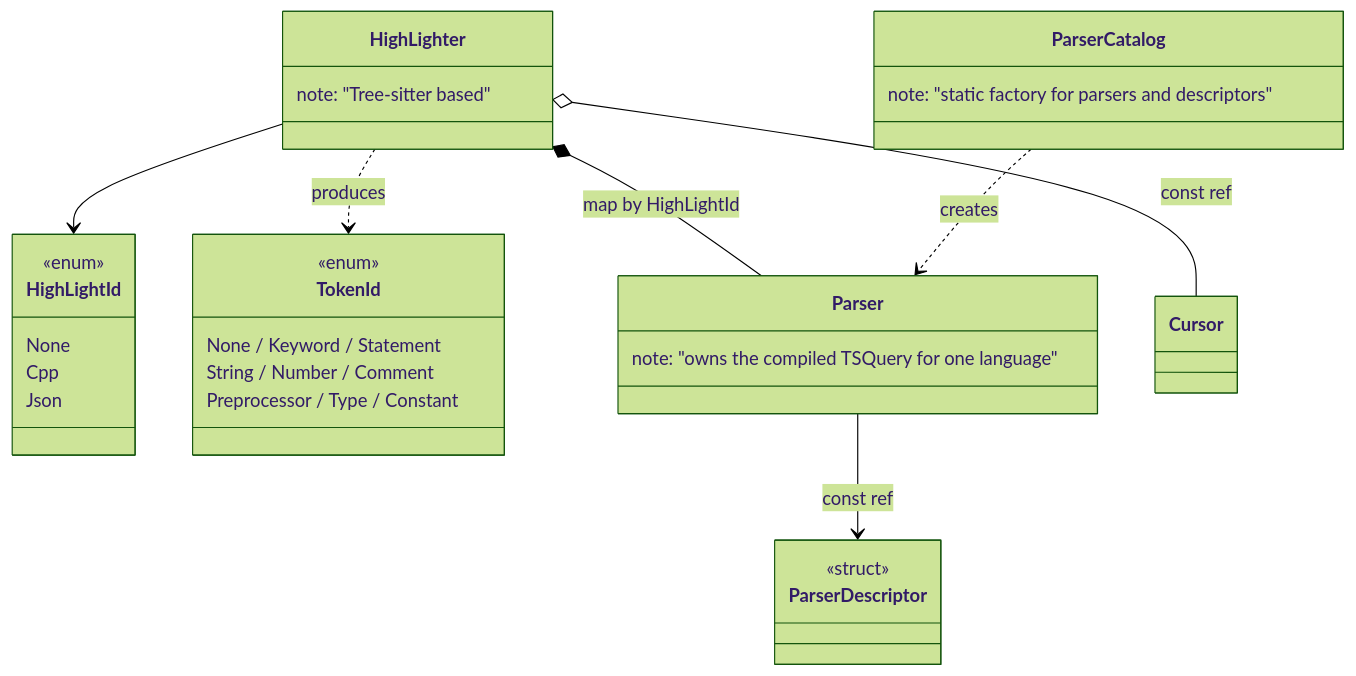
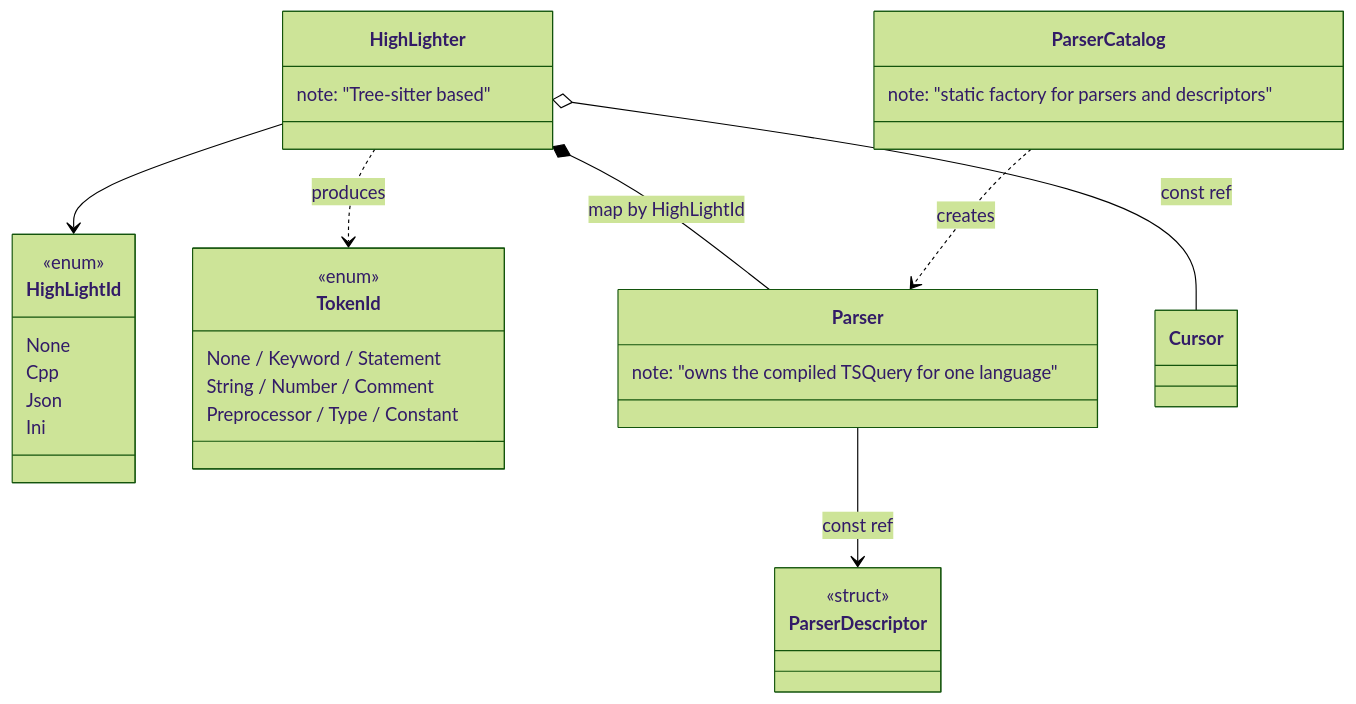
One commit to notnotme/bbloc changed the fifth of 10 diagrams in docs/class_diagram.md. Above: the diagram before and after it, drawn with Mermaid (forest theme). The commit also changed other lines of this file and 4 other files, not shown here.

Commit message:
Add .ini file highlight, updated class diagram (+missing structs from last commit)

````diff
--- a/docs/class_diagram.md
+++ b/docs/class_diagram.md
@@ -126,35 +126,36 @@
 ```mermaid
 classDiagram
     class HighLighter {
         note: "Tree-sitter based"
     }
     class HighLightId {
         <<enum>>
         None
         Cpp
         Json
+        Ini
     }
     class TokenId {
         <<enum>>
         None / Keyword / Statement
         String / Number / Comment
         Preprocessor / Type / Constant
     }
     class Parser {
         note: "owns the compiled TSQuery for one language"
     }
     class ParserDescriptor {
         <<struct>>
     }
     class ParserCatalog {
         note: "static factory for parsers and descriptors"
     }
     class Cursor
 
     HighLighter o-- Cursor : const ref
     HighLighter *-- Parser : map by HighLightId
     Parser --> ParserDescriptor : const ref
     ParserCatalog ..> Parser : creates
     HighLighter --> HighLightId
     HighLighter ..> TokenId : produces
 ```
````
